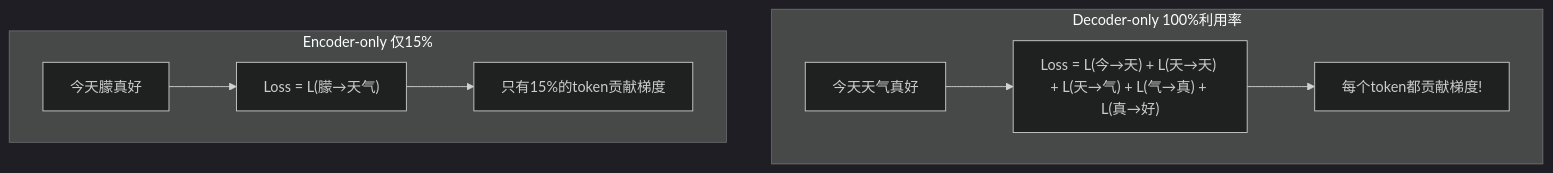
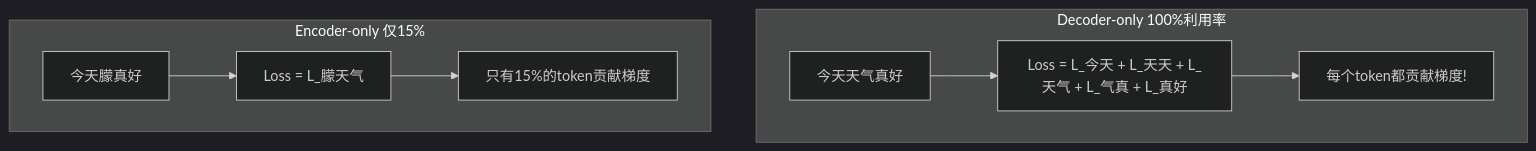
One commit to Xunzhuo/mini-sglang changed the seventh of 24 diagrams in learning/website/docs/basics/05-transformer-architecture.md. Above: the diagram before and after it, drawn with Mermaid (dark theme). The commit also changed 6 other files, not shown here.

````diff
--- a/learning/website/docs/basics/05-transformer-architecture.md
+++ b/learning/website/docs/basics/05-transformer-architecture.md
@@ -179,16 +179,16 @@
 ```mermaid
 graph TB
     subgraph DecoderOnly["Decoder-only 100%利用率"]
         D1["今天天气真好"]
-        D2["Loss = L(今→天) + L(天→天) + L(天→气) + L(气→真) + L(真→好)"]
+        D2["Loss = L_今天 + L_天天 + L_天气 + L_气真 + L_真好"]
         D1 --> D2
         D2 --> D3["每个token都贡献梯度!"]
     end
 
     subgraph EncoderOnly["Encoder-only 仅15%"]
         E1["今天朦真好"]
-        E2["Loss = L(朦→天气)"]
+        E2["Loss = L_朦天气"]
         E1 --> E2
         E2 --> E3["只有15%的token贡献梯度"]
     end
 ```
````
